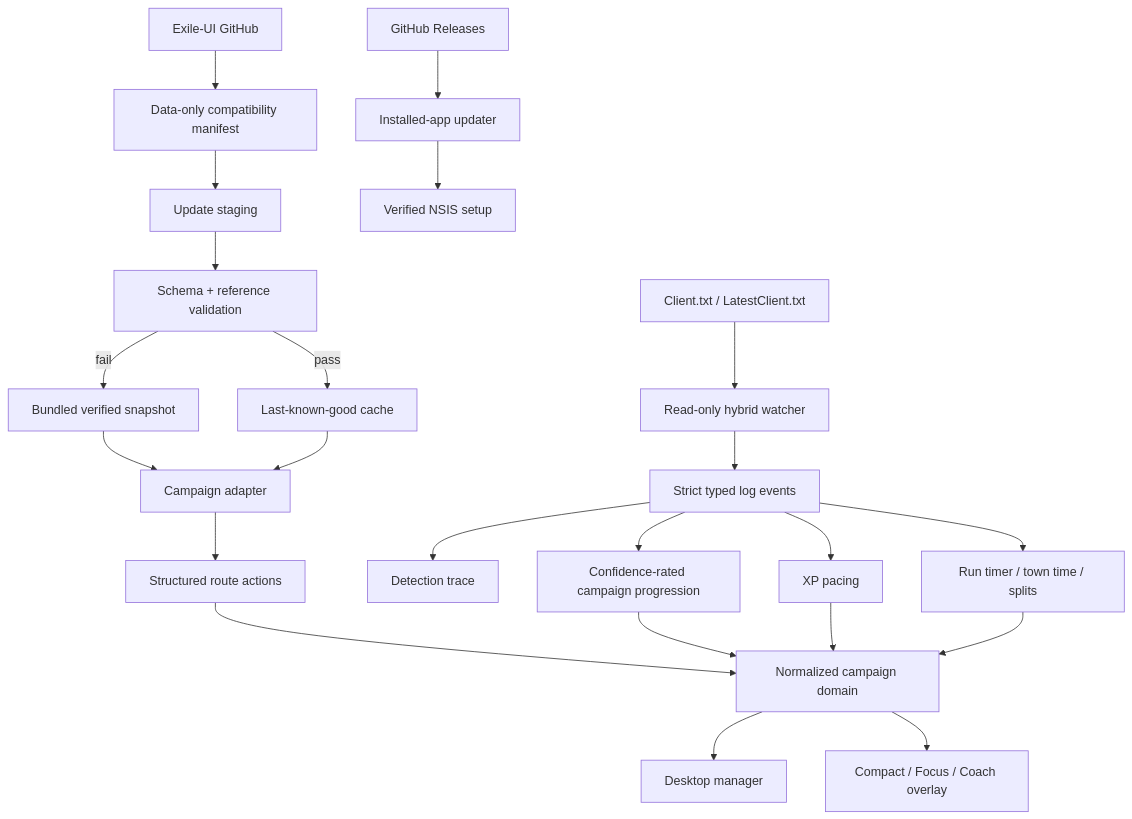
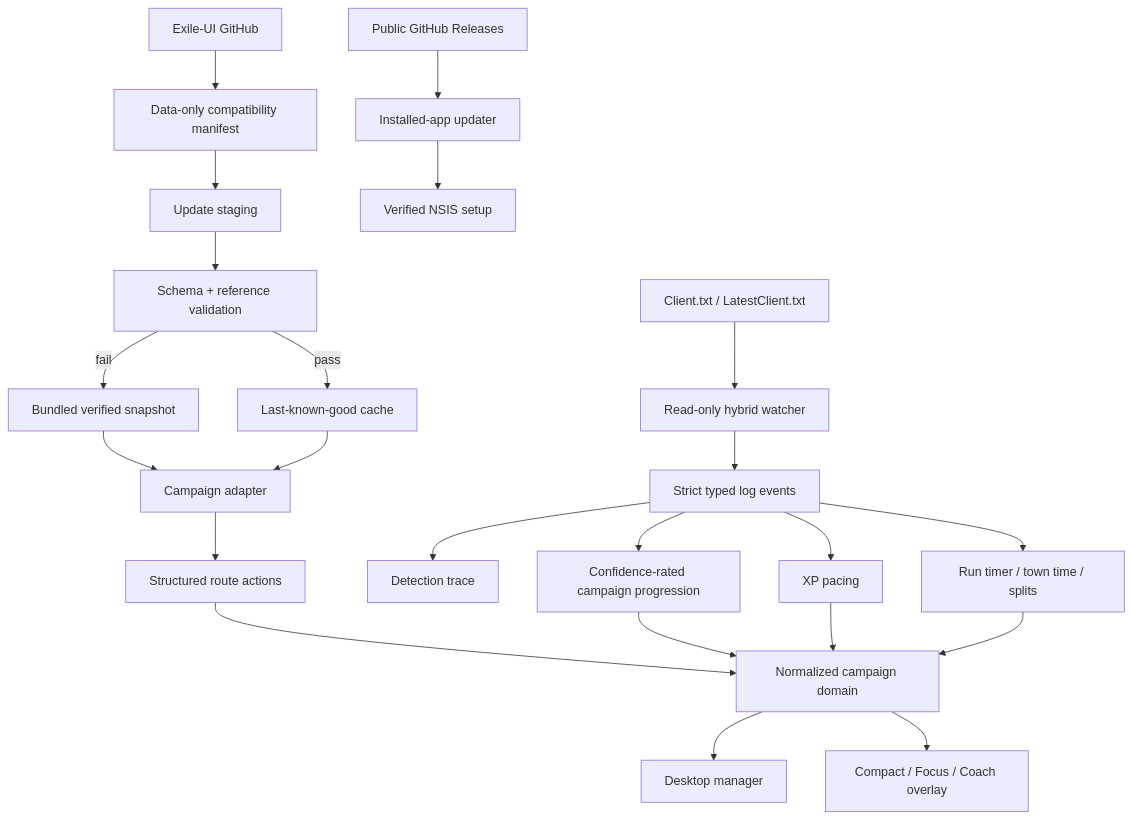
Before and after one commit to Stoffe101/ExileQuesting: the diagram in docs/ARCHITECTURE.md, drawn with Mermaid. The commit also changed other lines of this file, not shown here.

Commit message:
Update architecture for public releases and PolyForm licensing

````diff
--- a/docs/ARCHITECTURE.md
+++ b/docs/ARCHITECTURE.md
@@ -5,27 +5,27 @@
 ```mermaid
 flowchart TD
   Log["Client.txt / LatestClient.txt"] --> Watcher["Read-only hybrid watcher"]
   Watcher --> Events["Strict typed log events"]
   Events --> Progression["Confidence-rated campaign progression"]
   Events --> Trace["Detection trace"]
   Events --> XP["XP pacing"]
   Events --> Run["Run timer / town time / splits"]
 
   Exile["Exile-UI GitHub"] --> Compatibility["Data-only compatibility manifest"]
   Compatibility --> Stage["Update staging"]
   Stage --> Validate["Schema + reference validation"]
   Bundle["Bundled verified snapshot"] --> Adapter["Campaign adapter"]
   Validate -->|pass| Cache["Last-known-good cache"]
   Validate -->|fail| Bundle
   Cache --> Adapter
   Adapter --> Actions["Structured route actions"]
   Actions --> Domain["Normalized campaign domain"]
   Progression --> Domain
   XP --> Domain
   Run --> Domain
   Domain --> Manager["Desktop manager"]
   Domain --> Overlay["Compact / Focus / Coach overlay"]
 
-  Releases["GitHub Releases"] --> AppUpdate["Installed-app updater"]
+  Releases["Public GitHub Releases"] --> AppUpdate["Installed-app updater"]
   AppUpdate --> Installer["Verified NSIS setup"]
 ```
````
